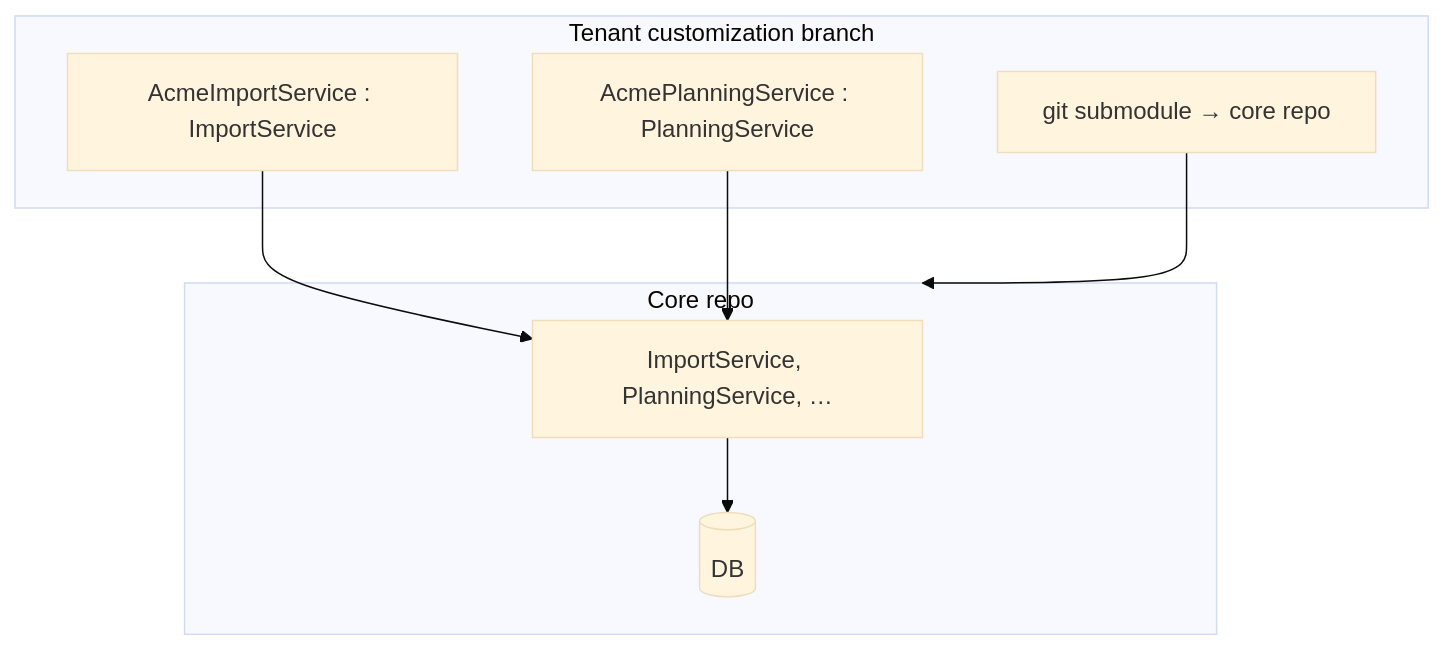
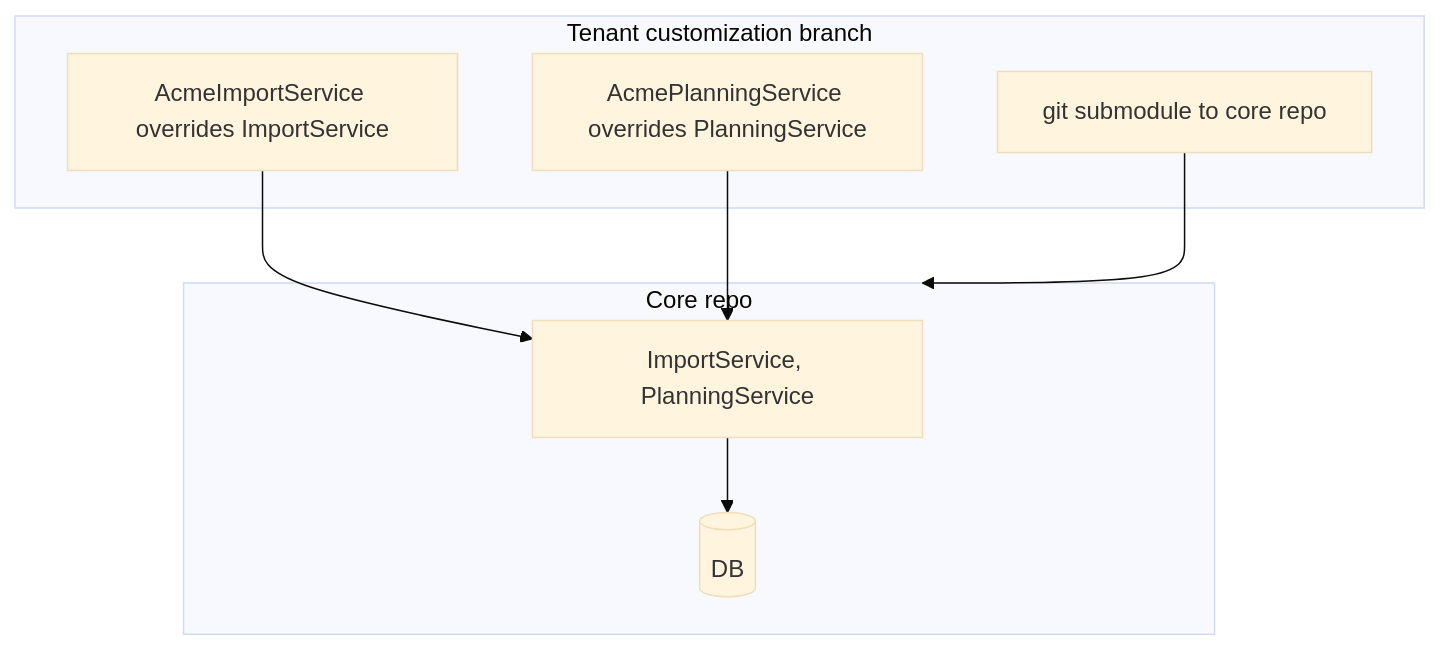
The first of 4 diagrams in docs/floor2plan-akka-actor-integration-design.md (robbertF2P/Sandbox), drawn with Mermaid (base theme) before and after one commit. The commit also changed other lines of this file, not shown here.

Commit message:
Fix mermaid syntax for GitHub rendering in design doc

````diff
--- a/docs/floor2plan-akka-actor-integration-design.md
+++ b/docs/floor2plan-akka-actor-integration-design.md
@@ -15,18 +15,18 @@
 ```mermaid
 flowchart TB
   subgraph tenant["Tenant customization branch"]
-    OVR["AcmeImportService : ImportService"]
-    OVR2["AcmePlanningService : PlanningService"]
-    SUB["git submodule → core repo"]
+    OVR["AcmeImportService overrides ImportService"]
+    OVR2["AcmePlanningService overrides PlanningService"]
+    SUB["git submodule to core repo"]
   end
 
   subgraph core["Core repo"]
-    SVC["ImportService, PlanningService, …"]
+    SVC["ImportService, PlanningService"]
     DB[("DB")]
   end
 
   SUB --> core
   OVR --> SVC
   OVR2 --> SVC
   SVC --> DB
 ```
````
